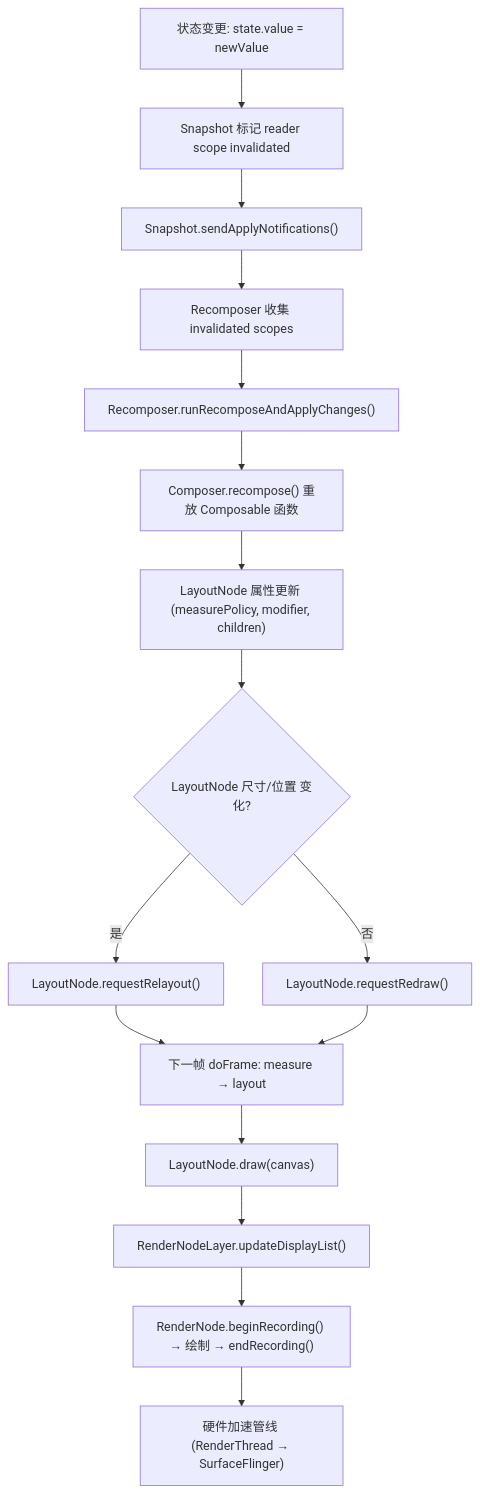
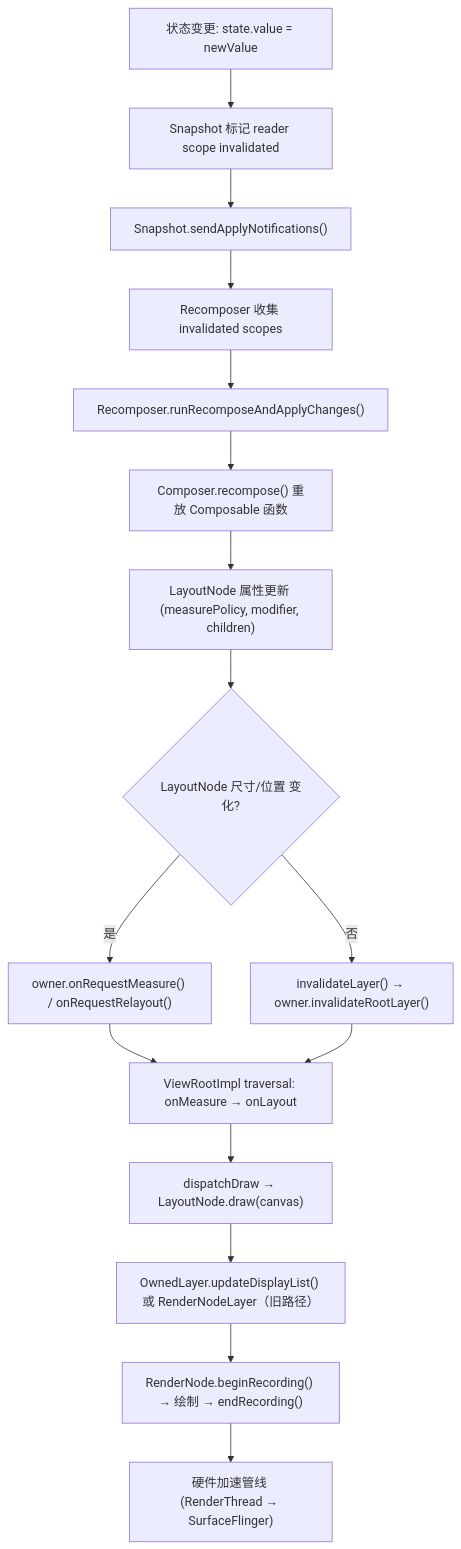
Before and after one commit to Gracker/android-internals-wiki: the second of 4 diagrams in src/part2-performance/ch18-rendering-pipelines/25-compose-rendering-pipeline.md, drawn with Mermaid. The commit also changed other lines of this file and 1 other file, not shown here.

Commit message:
[openclaw] rework: 18.25 Compose 渲染管线架构 — FrameClock/traversal边界·GraphicsLayer主路径·Snapshot锁语义·PausableComposition版本边界(Task9 Deep Tech Review 5项P0修复)

````diff
--- a/src/part2-performance/ch18-rendering-pipelines/25-compose-rendering-pipeline.md
+++ b/src/part2-performance/ch18-rendering-pipelines/25-compose-rendering-pipeline.md
@@ -218,18 +225,18 @@
 ```mermaid
 flowchart TD
     A["状态变更: state.value = newValue"] --> B["Snapshot 标记 reader scope invalidated"]
     B --> C["Snapshot.sendApplyNotifications()"]
     C --> D["Recomposer 收集 invalidated scopes"]
     D --> E["Recomposer.runRecomposeAndApplyChanges()"]
     E --> F["Composer.recompose() 重放 Composable 函数"]
     F --> G["LayoutNode 属性更新 (measurePolicy, modifier, children)"]
     G --> H{"LayoutNode 尺寸/位置 变化?"}
-    H -->|是| I["LayoutNode.requestRelayout()"]
-    H -->|否| J["LayoutNode.requestRedraw()"]
-    I --> K["下一帧 doFrame: measure → layout"]
+    H -->|是| I["owner.onRequestMeasure() / onRequestRelayout()"]
+    H -->|否| J["invalidateLayer() → owner.invalidateRootLayer()"]
+    I --> K["ViewRootImpl traversal: onMeasure → onLayout"]
     J --> K
-    K --> L["LayoutNode.draw(canvas)"]
-    L --> M["RenderNodeLayer.updateDisplayList()"]
+    K --> L["dispatchDraw → LayoutNode.draw(canvas)"]
+    L --> M["OwnedLayer.updateDisplayList() 或 RenderNodeLayer（旧路径）"]
     M --> N["RenderNode.beginRecording() → 绘制 → endRecording()"]
     N --> O["硬件加速管线 (RenderThread → SurfaceFlinger)"]
 ```
````
